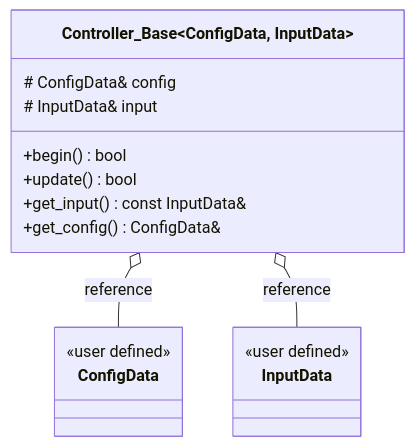
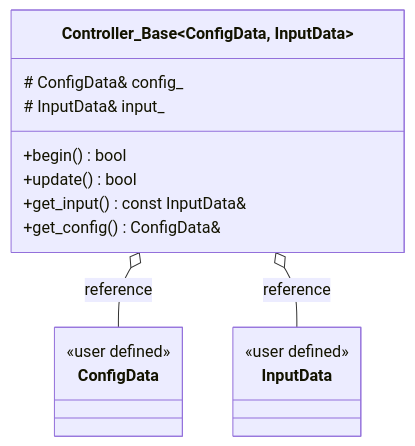
The first of 2 diagrams in README.md (Tomoooji/esp32-controller), drawn with Mermaid before and after one commit. The commit also changed other lines of this file and 8 other files, not shown here.

````diff
--- a/README.md
+++ b/README.md
@@ -89,23 +89,23 @@
 ```mermaid
 classDiagram
     class Controller_Base~ConfigData, InputData~ {
-        # ConfigData& config
-        # InputData& input
+        # ConfigData& config_
+        # InputData& input_
 
         +begin() bool
         +update() bool
         +get_input() const InputData&
         +get_config() ConfigData&
     }
 
     class ConfigData {
         <<user defined>>
     }
 
     class InputData {
         <<user defined>>
     }
 
     Controller_Base o-- ConfigData : reference
     Controller_Base o-- InputData : reference
 ```
````
